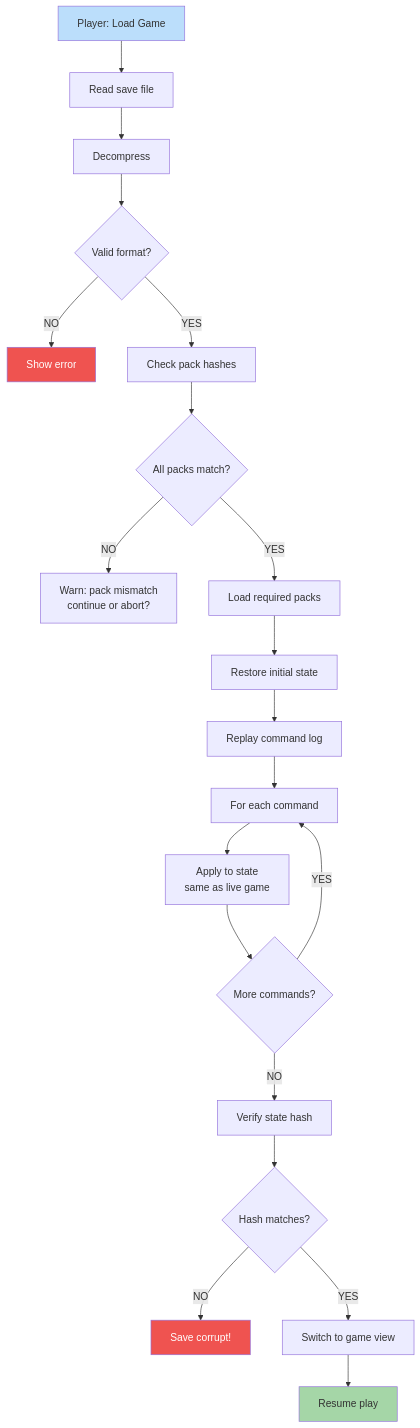
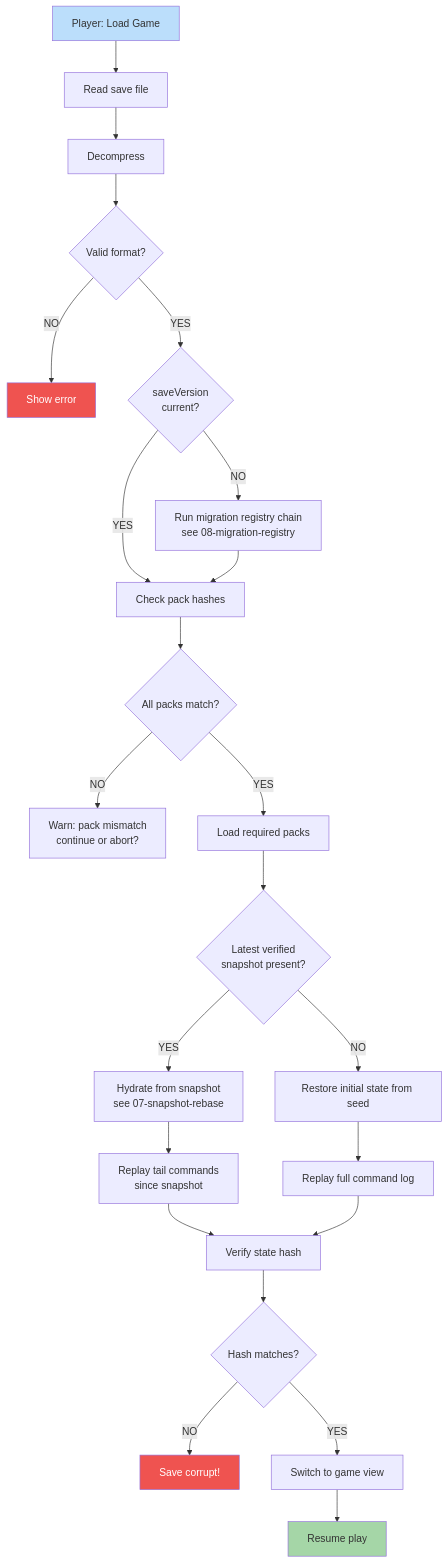
Before and after one commit to SunaNoOshiro/Heroes_Reforged_AI_Realms: the diagram in docs/architecture/diagrams/25-load-flow.md, drawn with Mermaid. The commit also changed other lines of this file and 21 other files, not shown here.

````diff
--- a/docs/architecture/diagrams/25-load-flow.md
+++ b/docs/architecture/diagrams/25-load-flow.md
@@ -10,26 +13,29 @@
 ```mermaid
 flowchart TD
     A[Player: Load Game] --> B[Read save file]
     B --> C[Decompress]
     C --> D{Valid format?}
     D -->|NO| E[Show error]
-    D -->|YES| F[Check pack hashes]
+    D -->|YES| Mig{saveVersion<br/>current?}
+    Mig -->|NO| MigA[Run migration registry chain<br/>see 08-migration-registry]
+    Mig -->|YES| F
+    MigA --> F[Check pack hashes]
     F --> G{All packs match?}
     G -->|NO| H[Warn: pack mismatch<br/>continue or abort?]
     G -->|YES| I[Load required packs]
-    I --> J[Restore initial state]
-    J --> K[Replay command log]
-    K --> L[For each command]
-    L --> M[Apply to state<br/>same as live game]
-    M --> N{More commands?}
-    N -->|YES| L
-    N -->|NO| O[Verify state hash]
+    I --> J{Latest verified<br/>snapshot present?}
+    J -->|YES| J1[Hydrate from snapshot<br/>see 07-snapshot-rebase]
+    J -->|NO| J2[Restore initial state from seed]
+    J1 --> K[Replay tail commands<br/>since snapshot]
+    J2 --> K2[Replay full command log]
+    K --> O[Verify state hash]
+    K2 --> O
     O --> P{Hash matches?}
     P -->|NO| Q[Save corrupt!]
     P -->|YES| R[Switch to game view]
     R --> S[Resume play]
     style A fill:#bbdefb
     style S fill:#a5d6a7
     style E fill:#ef5350,color:#fff
     style Q fill:#ef5350,color:#fff
 ```
````
